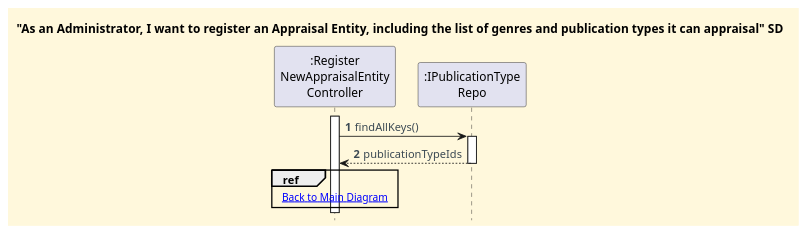
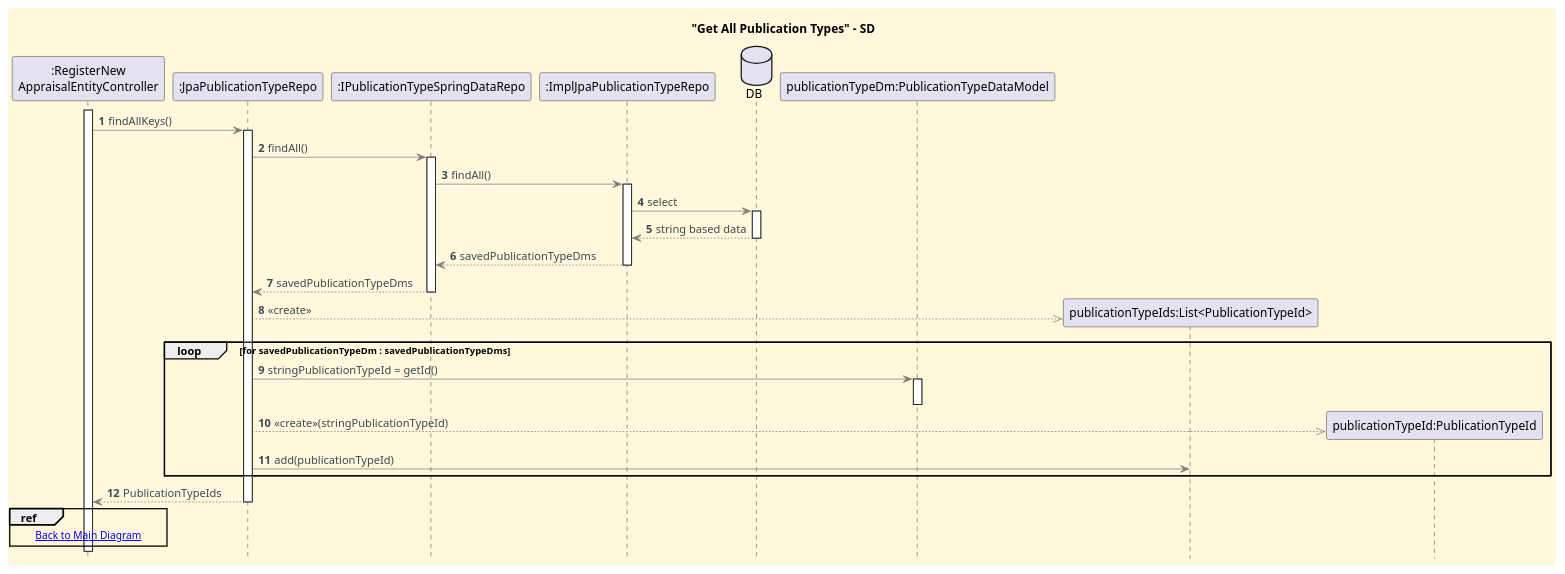
One commit to CarolinaLeite-collab/JavaMarketplacePlatform changed the diagram in docs/functionalities/admin/register-new-appraisal-entity/sd-ref-diagrams/Get_Publication_Type_Ids.puml. Above: the diagram before and after it, drawn with PlantUML. The commit also changed 1 other file, not shown here.

Commit message:
docs: Update fragment diagrams on RegisterNewAppraisalEntity functionality, closes #896

```diff
--- a/docs/functionalities/admin/register-new-appraisal-entity/sd-ref-diagrams/Get_Publication_Type_Ids.puml
+++ b/docs/functionalities/admin/register-new-appraisal-entity/sd-ref-diagrams/Get_Publication_Type_Ids.puml
@@ -1,35 +1,71 @@
 @startuml
-'==== Title ====
-title "As an Administrator, I want to register an Appraisal Entity, including the list of genres and publication types it can appraisal" SD
+title "Get All Publication Types" - SD
 
-
-'==== basic style ====
 skinparam monochrome false
-skinparam shadowing false
 skinparam defaultFontName Futura
 skinparam objectFontSize 20
 skinparam backgroundColor CornSilk
 skinparam objectBackgroundColor WhiteSmoke
 skinparam noteBackgroundColor #FFFFE0
 skinparam ArrowFontColor #3B4953
-skinparam ActivationBackgroundColor black
+skinparam ArrowColor #57595BAA
+
+autonumber
+autoactivate off
 hidefootbox
-autonumber
+
+participant ":RegisterNew\nAppraisalEntityController" as CTL
+participant ":JpaPublicationTypeRepo" as JPAREPO
+participant ":IPublicationTypeSpringDataRepo" as SPRINGREPO
+participant ":ImplJpaPublicationTypeRepo" as IMPL
+database "DB" as DB
+participant "publicationTypeDm:PublicationTypeDataModel" as DM
+
+activate CTL
+CTL -> JPAREPO : findAllKeys()
+activate JPAREPO
+
+JPAREPO -> SPRINGREPO : findAll()
+activate SPRINGREPO
+
+SPRINGREPO -> IMPL : findAll()
+activate IMPL
+
+IMPL -> DB : select
+activate DB
+
+DB --> IMPL : string based data
+deactivate DB
+
+IMPL --> SPRINGREPO : savedPublicationTypeDms
+deactivate IMPL
+
+SPRINGREPO --> JPAREPO : savedPublicationTypeDms
+deactivate SPRINGREPO
+
+create "publicationTypeIds:List<PublicationTypeId>"
+
+JPAREPO -->> "publicationTypeIds:List<PublicationTypeId>" : <<create>>
+
+    loop for savedPublicationTypeDm : savedPublicationTypeDms
+
+        JPAREPO -> DM : stringPublicationTypeId = getId()
+        activate DM
+        deactivate DM
+
+        create "publicationTypeId:PublicationTypeId"
+        JPAREPO -->> "publicationTypeId:PublicationTypeId" : <<create>>(stringPublicationTypeId)
+
+        JPAREPO -> "publicationTypeIds:List<PublicationTypeId>" : add(publicationTypeId)
+
+    end
+
+  JPAREPO --> CTL : PublicationTypeIds
+  deactivate JPAREPO
 
 
-' ==== Actor and participants ====
-participant ":Register\nNewAppraisalEntity\nController" as CTL
-participant ":IPublicationType\nRepo" as IREPO
-
-
-activate CTL
-CTL -> IREPO: findAllKeys()
-activate IREPO
-IREPO --> CTL: publicationTypeIds
-deactivate IREPO
 
 ref over CTL
 [[../Register_New_Appraisal_Entity_SD.puml Back to Main Diagram]]
 end ref
-
 @enduml
```
